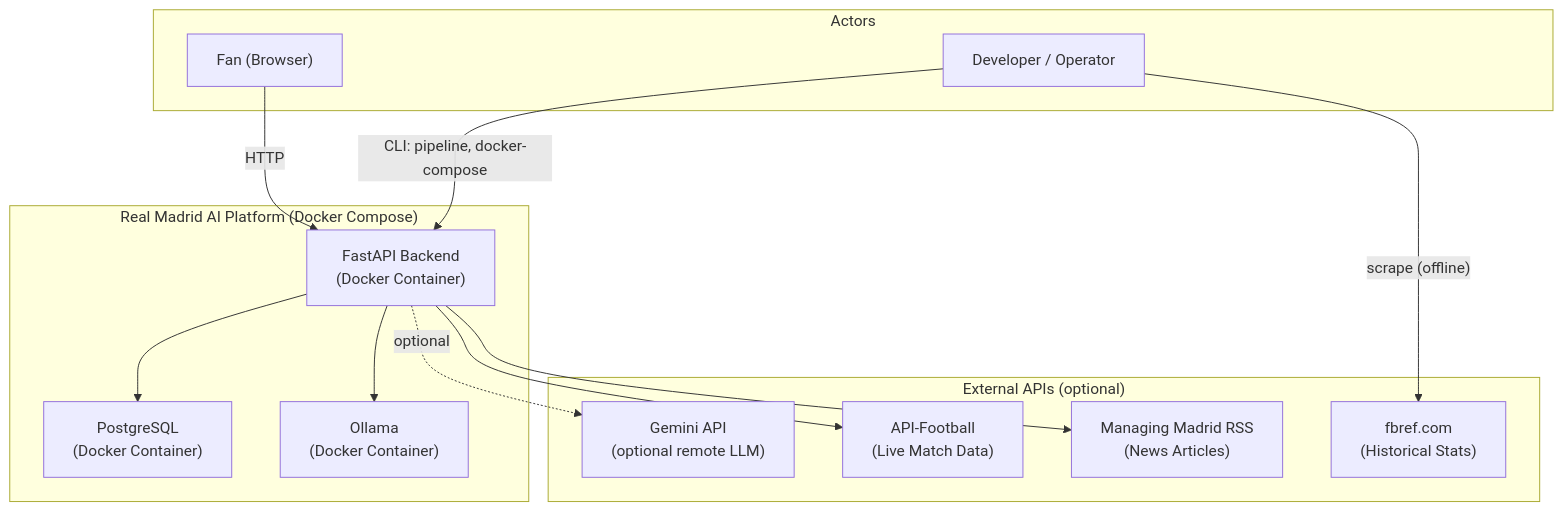
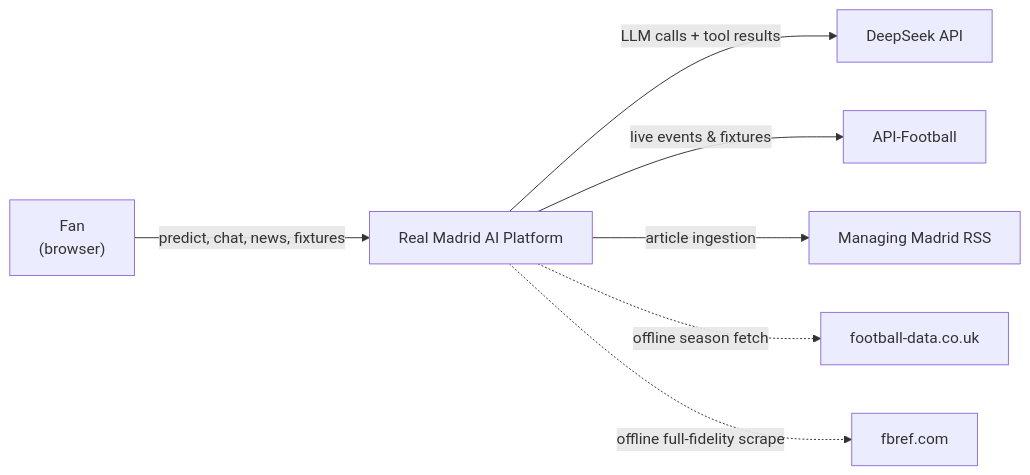
The first of 9 diagrams in docs/SYSTEM_DESIGN.md (Caephas/Real_Madrid_AI_Platform), drawn with Mermaid before and after one commit. The commit also changed other lines of this file and 52 other files, not shown here.

First line of the commit message:
feat: refresh platform for 2026/27 season

````diff
--- a/docs/SYSTEM_DESIGN.md
+++ b/docs/SYSTEM_DESIGN.md
@@ -7,29 +11,17 @@
 ```mermaid
-graph TB
-    subgraph Actors
-        FAN["Fan (Browser)"]
-        DEV["Developer / Operator"]
-    end
+flowchart LR
+    FAN["Fan<br/>(browser)"]
+    SYS["Real Madrid AI Platform"]
+    DSK["DeepSeek API"]
+    AFB["API-Football"]
+    RSS["Managing Madrid RSS"]
+    FD["football-data.co.uk"]
+    FBREF["fbref.com"]
 
-    subgraph "Real Madrid AI Platform (Docker Compose)"
-        API["FastAPI Backend<br/>(Docker Container)"]
-        DB["PostgreSQL<br/>(Docker Container)"]
-        LLM["Ollama<br/>(Docker Container)"]
-    end
-
-    subgraph "External APIs (optional)"
-        GEM["Gemini API<br/>(optional remote LLM)"]
-        AF["API-Football<br/>(Live Match Data)"]
-        RSS["Managing Madrid RSS<br/>(News Articles)"]
-        FB["fbref.com<br/>(Historical Stats)"]
-    end
-
-    FAN -->|"HTTP"| API
-    DEV -->|"CLI: pipeline, docker-compose"| API
-    API --> DB
-    API --> LLM
-    API -.->|"optional"| GEM
-    API --> AF
-    API --> RSS
-    DEV -->|"scrape (offline)"| FB
+    FAN -->|"predict, chat, news, fixtures"| SYS
+    SYS -->|"LLM calls + tool results"| DSK
+    SYS -->|"live events & fixtures"| AFB
+    SYS -->|"article ingestion"| RSS
+    SYS -.->|"offline season fetch"| FD
+    SYS -.->|"offline full-fidelity scrape"| FBREF
 ```
````
